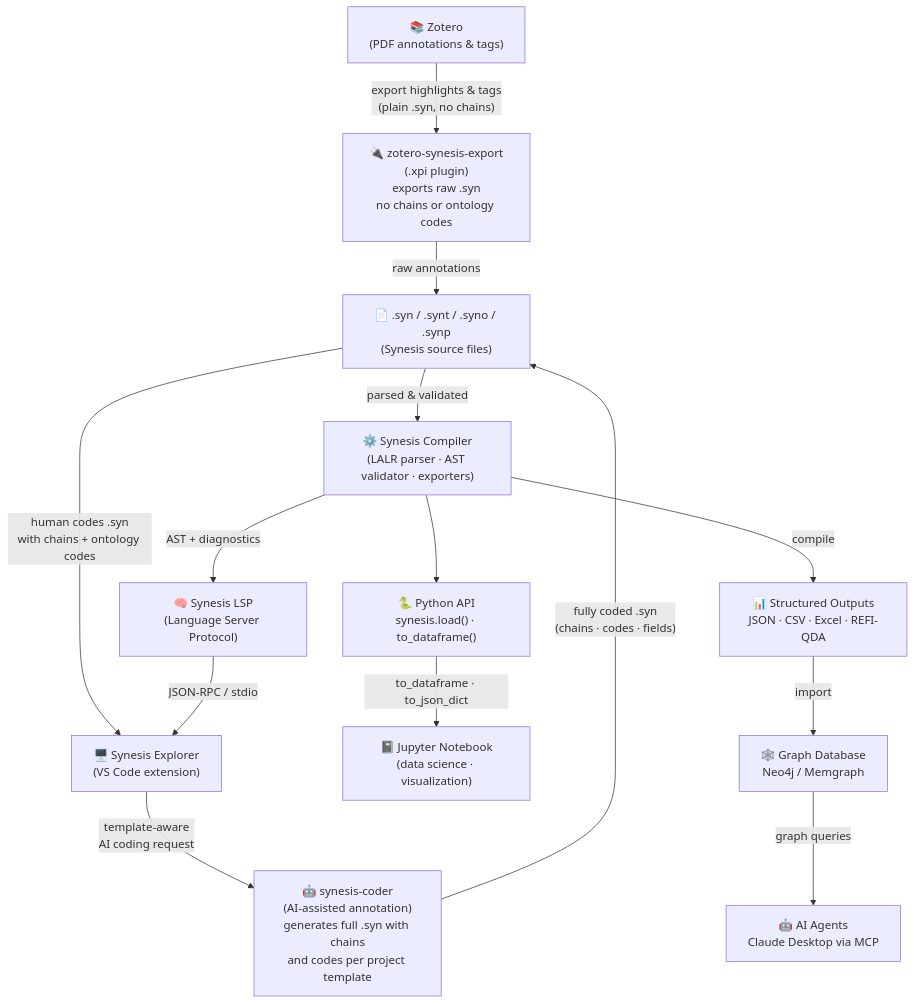
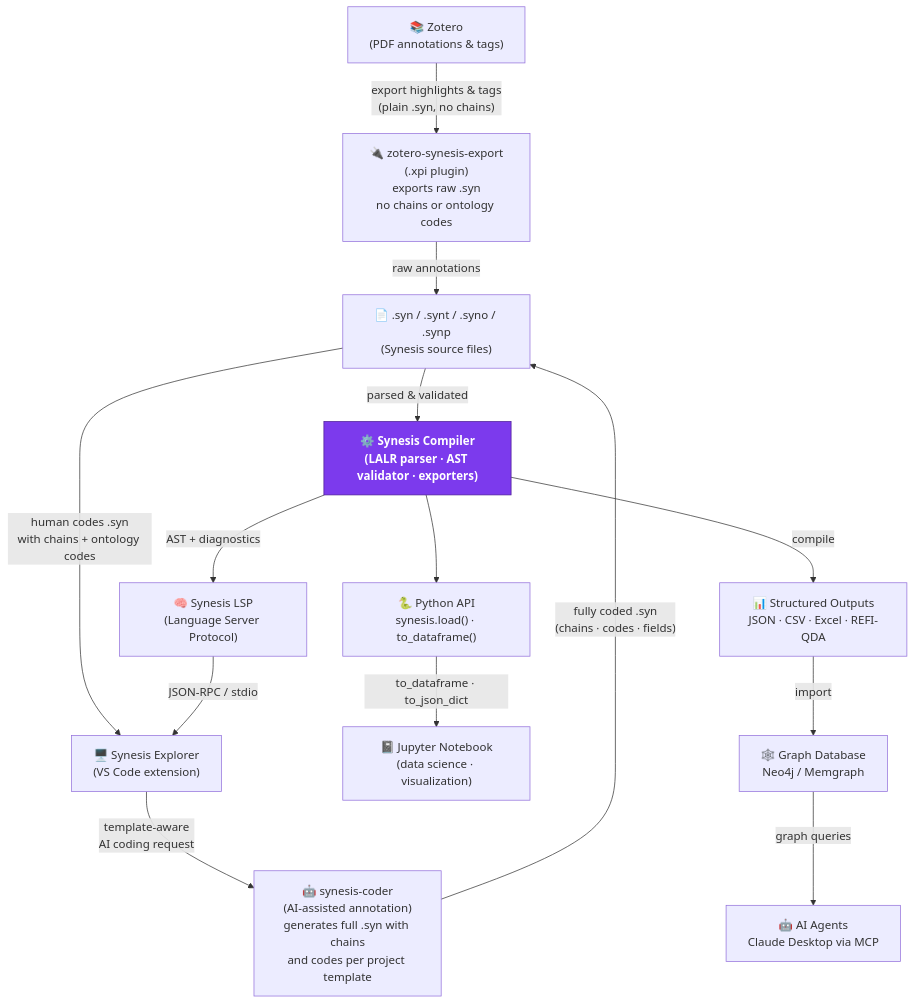
The first of 2 diagrams in README.md (synesis-lang/synesis), drawn with Mermaid before and after one commit. The commit also changed 3 other files, not shown here.

````diff
--- a/README.md
+++ b/README.md
@@ -24,29 +24,31 @@
 ```mermaid
 graph TD
     Z["📚 Zotero\n(PDF annotations & tags)"]
     ZP["🔌 zotero-synesis-export\n(.xpi plugin)\nexports raw .syn\nno chains or ontology codes"]
     SC["🤖 synesis-coder\n(AI-assisted annotation)\ngenerates full .syn with chains\nand codes per project template"]
     SYN["📄 .syn / .synt / .syno / .synp\n(Synesis source files)"]
-    C["⚙️ Synesis Compiler\n(LALR parser · AST validator · exporters)"]
+    C["⚙️ Synesis Compiler\n(LALR parser · AST validator · exporters)"]:::core
     API["🐍 Python API\nsynesis.load() · to_dataframe()"]
     LSP["🧠 Synesis LSP\n(Language Server Protocol)"]
     EXT["🖥️ Synesis Explorer\n(VS Code extension)"]
     JP["📓 Jupyter Notebook\n(data science · visualization)"]
     OUT["📊 Structured Outputs\nJSON · CSV · Excel · REFI-QDA"]
     NEO["🕸️ Graph Database\nNeo4j / Memgraph"]
     MCP["🤖 AI Agents\nClaude Desktop via MCP"]
+
+    classDef core fill:#7c3aed,stroke:#4c1d95,color:#fff,font-weight:bold
 
     Z -->|"export highlights & tags\n(plain .syn, no chains)"| ZP
     ZP -->|raw annotations| SYN
     SYN -->|"human codes .syn\nwith chains + ontology codes"| EXT
     EXT -->|"template-aware\nAI coding request"| SC
     SC -->|"fully coded .syn\n(chains · codes · fields)"| SYN
     SYN -->|parsed & validated| C
     C --> API
     C -->|AST + diagnostics| LSP
     LSP -->|JSON-RPC / stdio| EXT
     API -->|to_dataframe · to_json_dict| JP
     C -->|compile| OUT
     OUT -->|import| NEO
     NEO -->|graph queries| MCP
 ```
````
